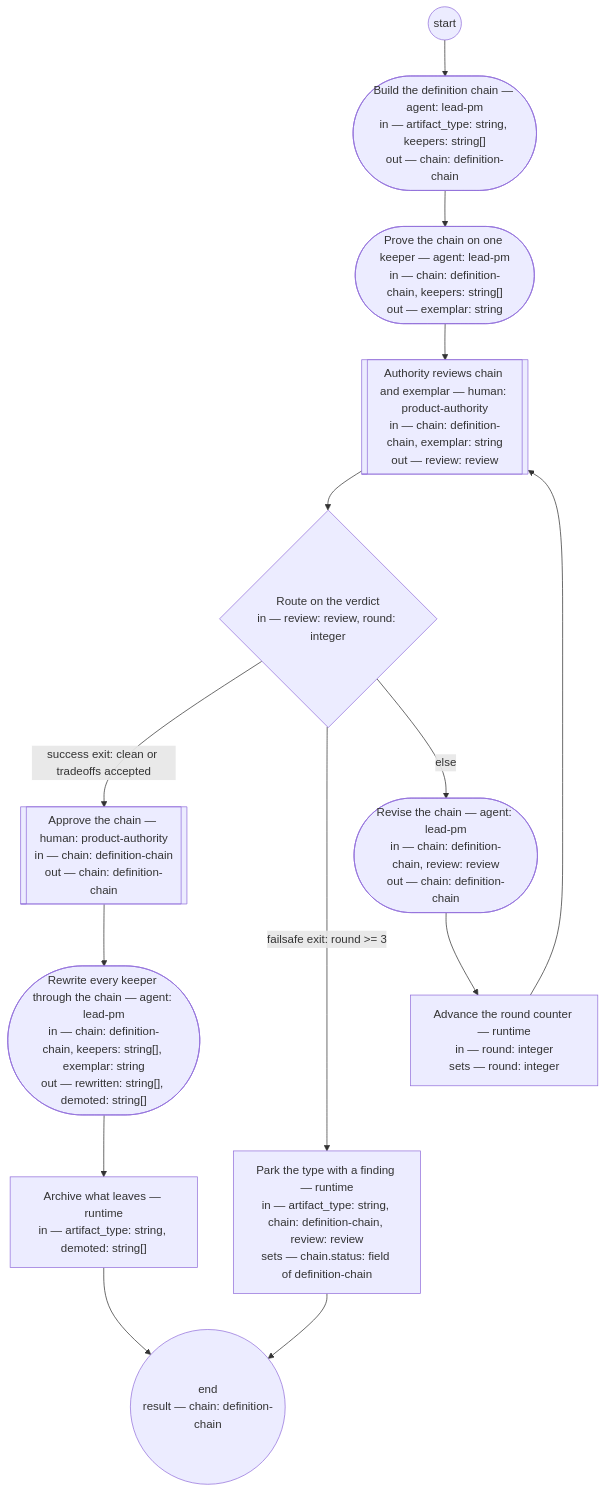
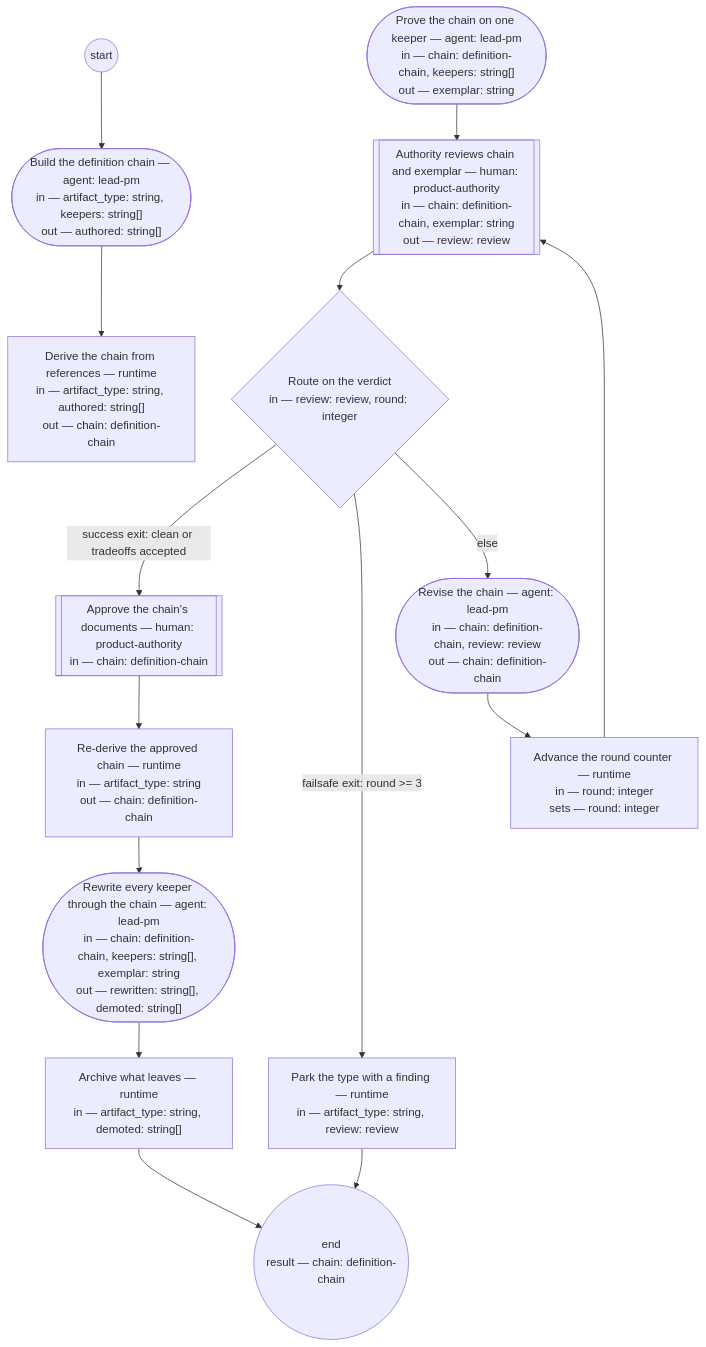
Before and after one commit to dstengle/shopsystem-product: the diagram in basis/processes/definition-chain-migration.md, drawn with Mermaid. The commit also changed other lines of this file and 14 other files, not shown here.

````diff
--- a/basis/processes/definition-chain-migration.md
+++ b/basis/processes/definition-chain-migration.md
@@ -48,27 +48,30 @@
 ```mermaid
 flowchart TD
-  build_chain(["Build the definition chain — agent: lead-pm<br/>in — artifact_type: string, keepers: string[]<br/>out — chain: definition-chain"])
+  build_chain(["Build the definition chain — agent: lead-pm<br/>in — artifact_type: string, keepers: string[]<br/>out — authored: string[]"])
+  derive_chain["Derive the chain from references — runtime<br/>in — artifact_type: string, authored: string[]<br/>out — chain: definition-chain"]
   exemplar_rewrite(["Prove the chain on one keeper — agent: lead-pm<br/>in — chain: definition-chain, keepers: string[]<br/>out — exemplar: string"])
   authority_review[["Authority reviews chain and exemplar — human: product-authority<br/>in — chain: definition-chain, exemplar: string<br/>out — review: review"]]
   route_review{"Route on the verdict<br/>in — review: review, round: integer"}
   revise_chain(["Revise the chain — agent: lead-pm<br/>in — chain: definition-chain, review: review<br/>out — chain: definition-chain"])
   advance_round["Advance the round counter — runtime<br/>in — round: integer<br/>sets — round: integer"]
-  approve_chain[["Approve the chain — human: product-authority<br/>in — chain: definition-chain<br/>out — chain: definition-chain"]]
+  approve_chain[["Approve the chain's documents — human: product-authority<br/>in — chain: definition-chain"]]
+  rederive_chain["Re-derive the approved chain — runtime<br/>in — artifact_type: string<br/>out — chain: definition-chain"]
   rewrite_keepers(["Rewrite every keeper through the chain — agent: lead-pm<br/>in — chain: definition-chain, keepers: string[], exemplar: string<br/>out — rewritten: string[], demoted: string[]"])
   archive_retired["Archive what leaves — runtime<br/>in — artifact_type: string, demoted: string[]"]
-  park["Park the type with a finding — runtime<br/>in — artifact_type: string, chain: definition-chain, review: review<br/>sets — chain.status: field of definition-chain"]
+  park["Park the type with a finding — runtime<br/>in — artifact_type: string, review: review"]
   __end(("end<br/>result — chain: definition-chain"))
   __start(("start")) --> build_chain
-  build_chain --> exemplar_rewrite
+  build_chain --> derive_chain
   exemplar_rewrite --> authority_review
   authority_review --> route_review
   route_review -->|success exit: clean or tradeoffs accepted| approve_chain
   route_review -->|failsafe exit: round >= 3| park
   route_review -->|else| revise_chain
   revise_chain --> advance_round
   advance_round --> authority_review
-  approve_chain --> rewrite_keepers
+  approve_chain --> rederive_chain
+  rederive_chain --> rewrite_keepers
   rewrite_keepers --> archive_retired
   archive_retired --> __end
   park --> __end
 ```
````
